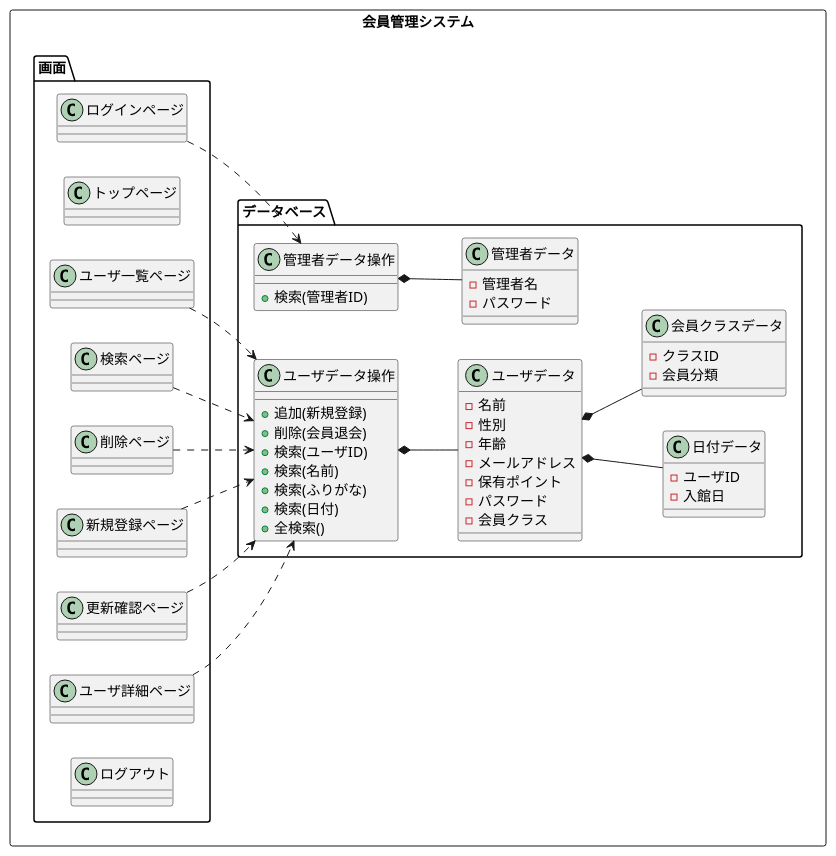
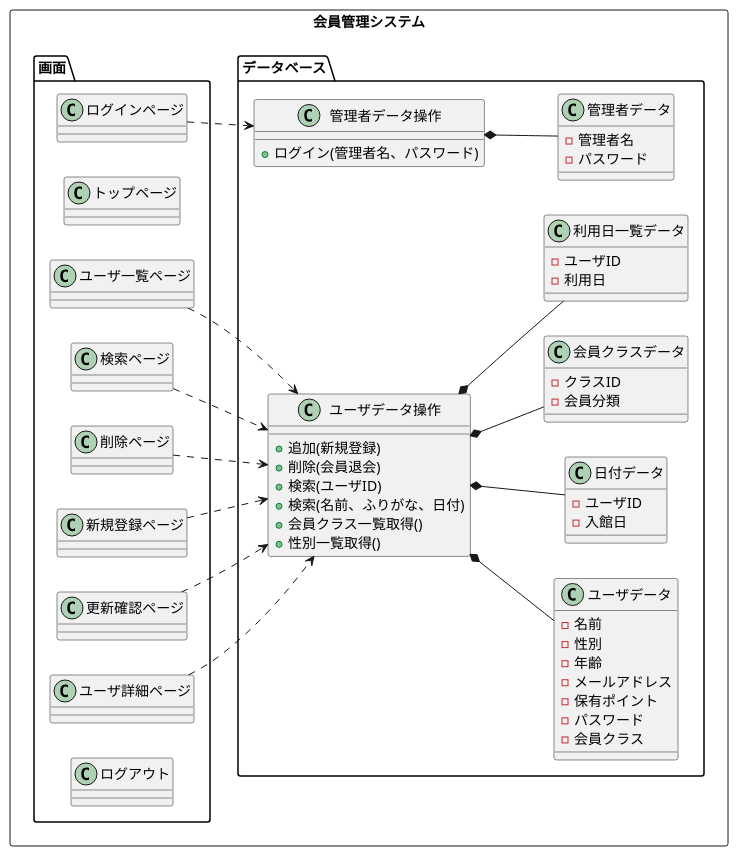
Before and after one commit to toufu66/ProjectC: the diagram in uml/class_pp.pu, drawn with PlantUML. The commit also changed 1 other file, not shown here.

Commit message:
クラス図修正

```diff
--- a/uml/class_pp.pu
+++ b/uml/class_pp.pu
@@ -1,92 +1,96 @@
 @startuml
 left to right direction
 rectangle 会員管理システム{
 package 画面{
 	class ログインページ{
 
 	}
 	class トップページ{
 
 	}
 	class ユーザ一覧ページ{
 
 	}
 	class 検索ページ{
 
 	}
 	class 削除ページ{
 
 	}
 	class 新規登録ページ{
 
 	}
 	class 更新確認ページ{
 
 	}
 	class ユーザ詳細ページ{
 
 	}
 	class ログアウト{
 
 	}
 
 
 }
 
 package データベース{
 	class ユーザデータ操作{
 		+追加(新規登録)
 		+削除(会員退会)
 		+検索(ユーザID)
-		+検索(名前)
-		+検索(ふりがな)
-		+検索(日付)
-		+全検索()
+		+検索(名前、ふりがな、日付)
+		+会員クラス一覧取得()
+		+性別一覧取得()
 	}
 	class ユーザデータ{
 		-名前
 		-性別
 		-年齢
 		-メールアドレス
 		-保有ポイント
 		-パスワード
 		-会員クラス
 	}
 	class 管理者データ{
 		-管理者名
 		-パスワード
 	}
 	class 管理者データ操作{
 
-		+検索(管理者ID)
+		+ログイン(管理者名、パスワード)
 
 	}
 	class 日付データ{
 		-ユーザID
 		-入館日
 
 	}
 	class 会員クラスデータ{
 		-クラスID
 		-会員分類
+
+	}
+	class 利用日一覧データ{
+		-ユーザID
+		-利用日
 
 	}
 
 }
 
 
 ログインページ ..> 管理者データ操作
 
 ユーザ一覧ページ ..> ユーザデータ操作
 新規登録ページ ..> ユーザデータ操作
 更新確認ページ ..> ユーザデータ操作
 削除ページ ..> ユーザデータ操作
 検索ページ ..> ユーザデータ操作
 ユーザ詳細ページ ..>ユーザデータ操作
 ユーザデータ操作 *--  ユーザデータ
 管理者データ操作 *--  管理者データ
-ユーザデータ *-- 日付データ
-ユーザデータ *-- 会員クラスデータ
-
+ユーザデータ操作 *-- 日付データ
+ユーザデータ操作 *-- 会員クラスデータ
+ユーザデータ操作 *-- 利用日一覧データ
 }
 @enduml
```
